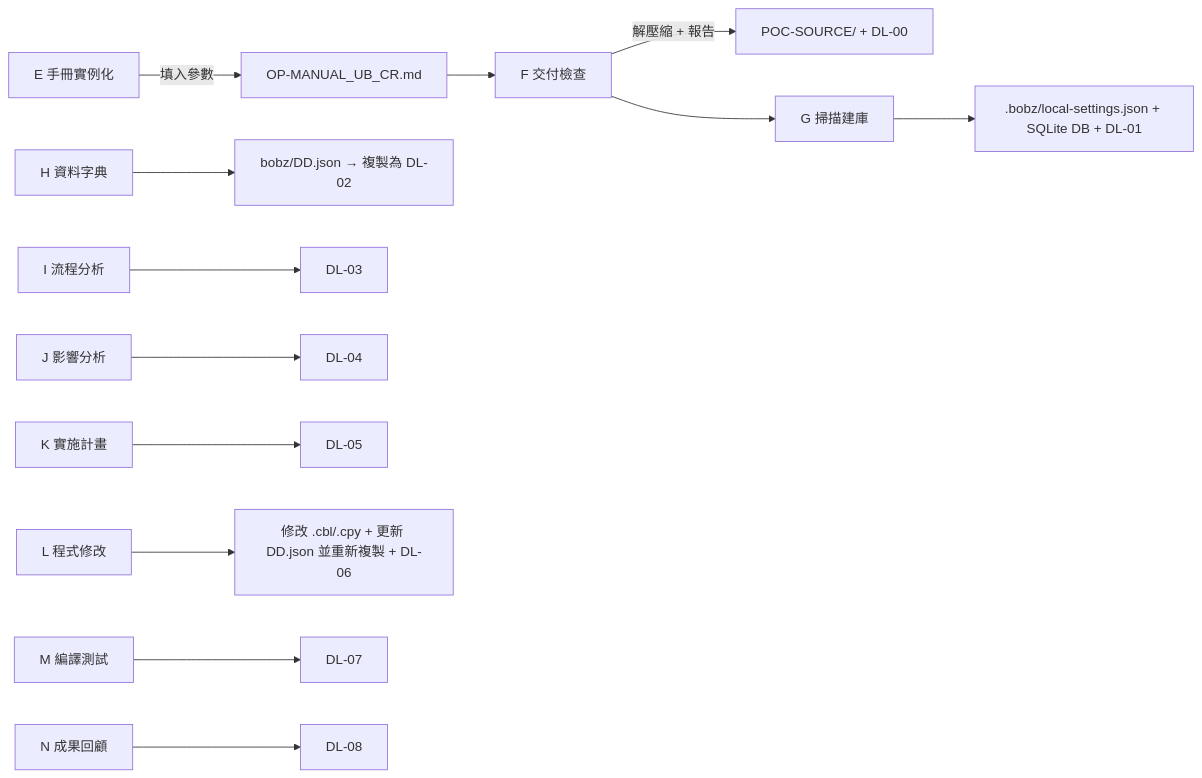
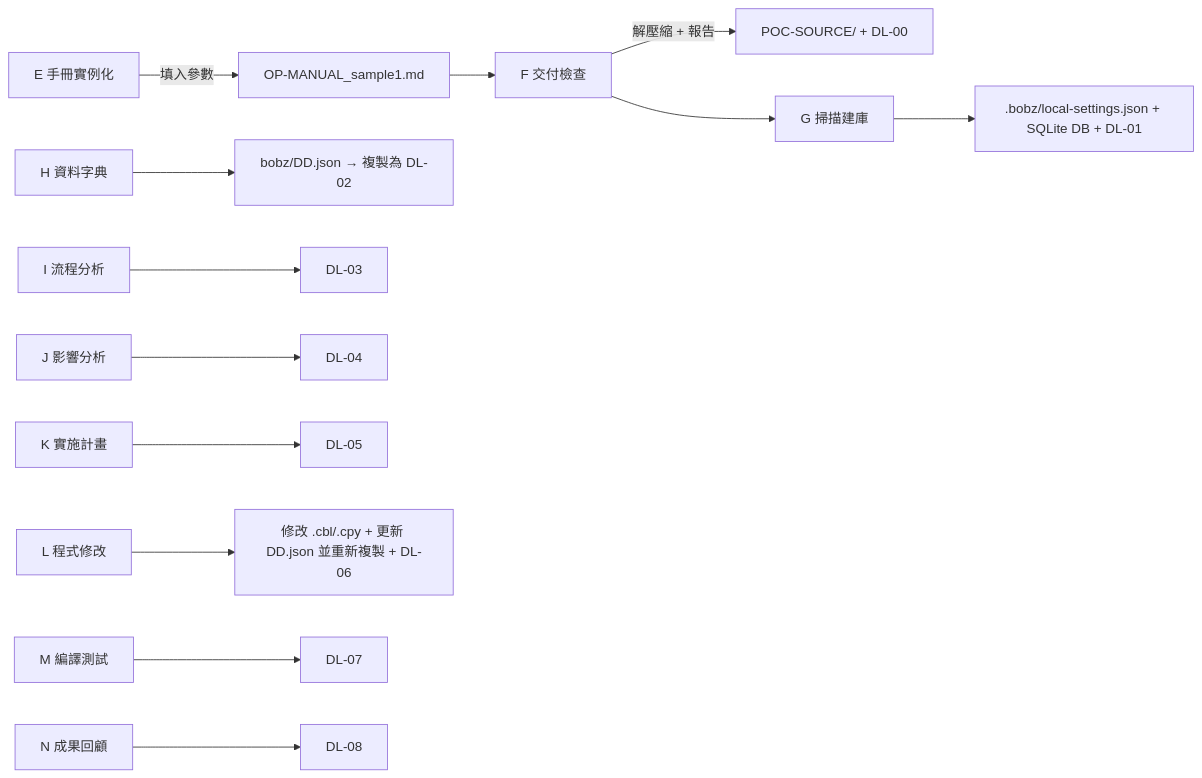
One commit to elton0214/Bob-PPZ_POC changed the diagram in README.md. Above: the diagram before and after it, drawn with Mermaid. The commit also changed other lines of this file and 2 other files, not shown here.

````diff
--- a/README.md
+++ b/README.md
@@ -82,15 +107,15 @@
 ```mermaid
 flowchart LR
-    E[E 手冊實例化] -->|填入參數| OP[OP-MANUAL_UB_CR.md]
+    E[E 手冊實例化] -->|填入參數| OP[OP-MANUAL_sample1.md]
     OP --> F[F 交付檢查]
     F -->|解壓縮 + 報告| P[POC-SOURCE/ + DL-00]
     F --> G[G 掃描建庫]
     G --> S[.bobz/local-settings.json + SQLite DB + DL-01]
     H[H 資料字典] --> D[bobz/DD.json → 複製為 DL-02]
     I[I 流程分析] --> D3[DL-03]
     J[J 影響分析] --> D4[DL-04]
     K[K 實施計畫] --> D5[DL-05]
     L[L 程式修改] --> M[修改 .cbl/.cpy + 更新 DD.json 並重新複製 + DL-06]
     M2[M 編譯測試] --> D7[DL-07]
     N[N 成果回顧] --> D8[DL-08]
 ```
````
